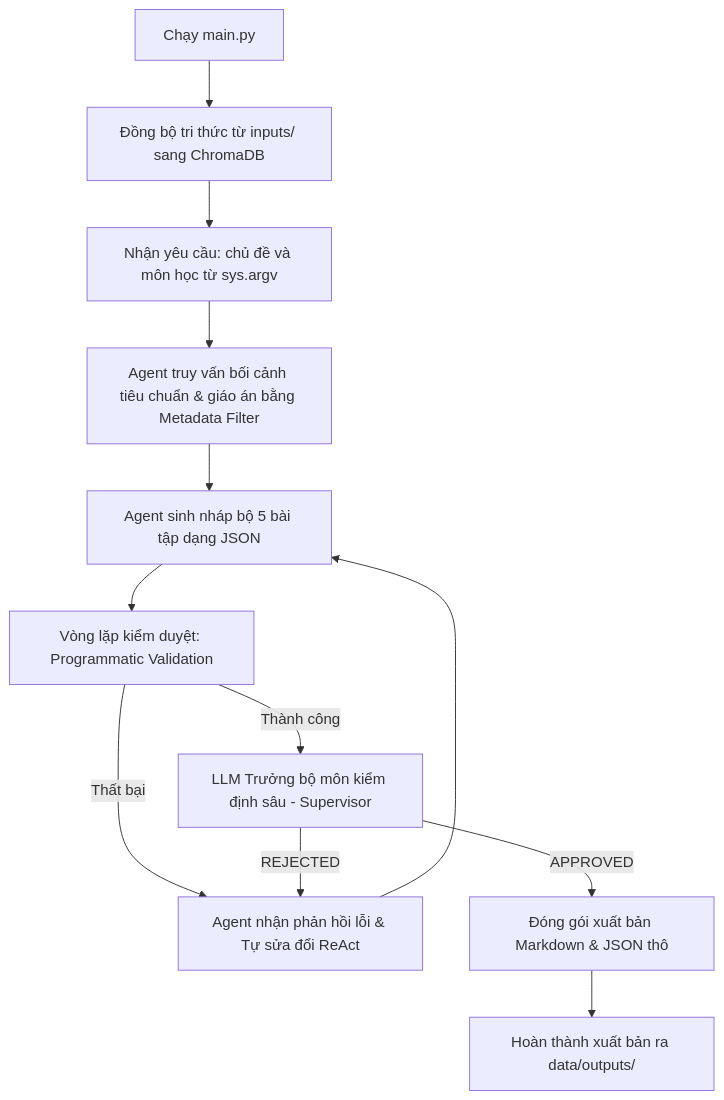
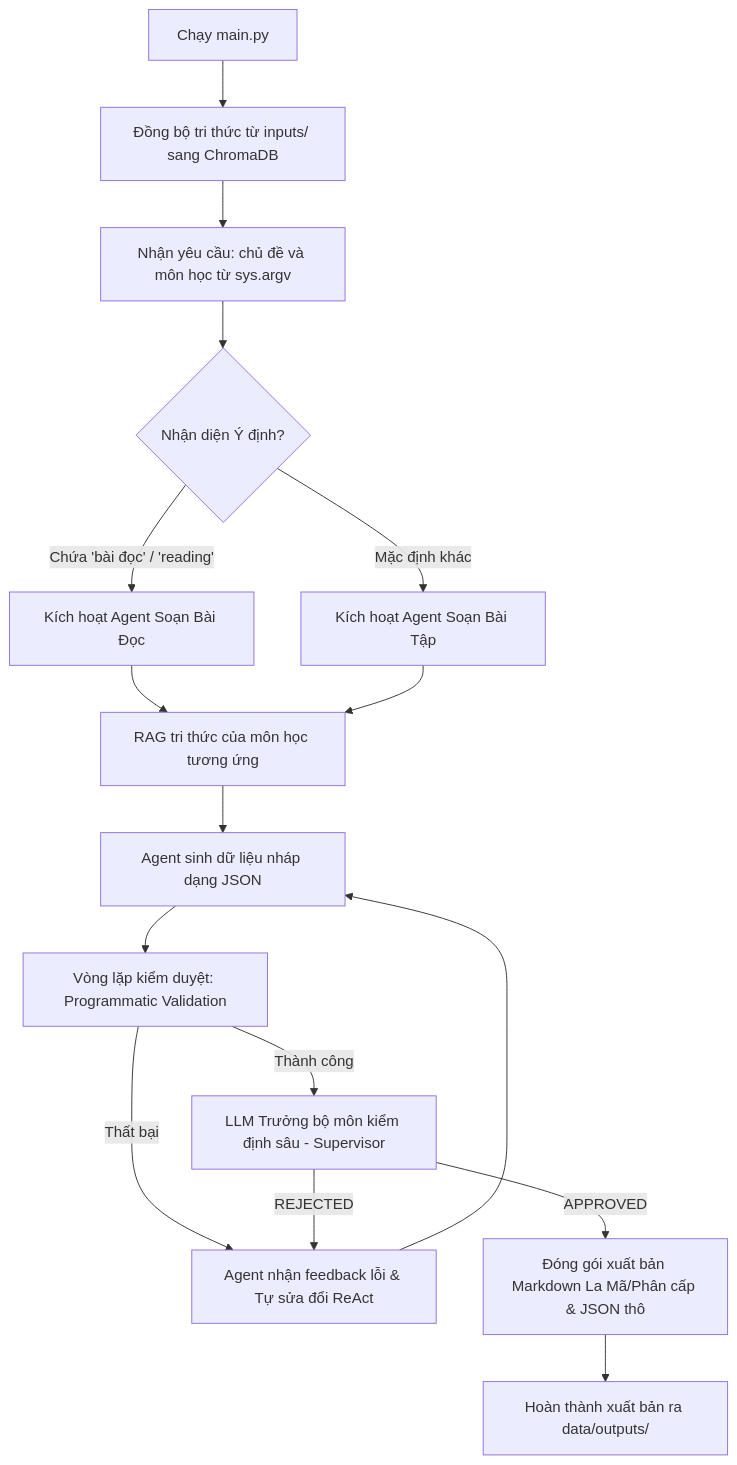
One commit to Nguyenluu2805/AI_Agent changed the diagram in README.md. Above: the diagram before and after it, drawn with Mermaid. The commit also changed other lines of this file, not shown here.

Commit message:
Update README with complete Homework and Reading specifications and guidelines

````diff
--- a/README.md
+++ b/README.md
@@ -23,14 +28,18 @@
 ```mermaid
 graph TD
     A[Chạy main.py] --> B[Đồng bộ tri thức từ inputs/ sang ChromaDB]
     B --> C[Nhận yêu cầu: chủ đề và môn học từ sys.argv]
-    C --> D[Agent truy vấn bối cảnh tiêu chuẩn & giáo án bằng Metadata Filter]
-    D --> E[Agent sinh nháp bộ 5 bài tập dạng JSON]
-    E --> F[Vòng lặp kiểm duyệt: Programmatic Validation]
-    F -- Thất bại --> G[Agent nhận phản hồi lỗi & Tự sửa đổi ReAct]
-    G --> E
-    F -- Thành công --> H[LLM Trưởng bộ môn kiểm định sâu - Supervisor]
-    H -- REJECTED --> G
-    H -- APPROVED --> I[Đóng gói xuất bản Markdown & JSON thô]
-    I --> J[Hoàn thành xuất bản ra data/outputs/]
+    C --> D{Nhận diện Ý định?}
+    D -- Chứa 'bài đọc' / 'reading' --> E[Kích hoạt Agent Soạn Bài Đọc]
+    D -- Mặc định khác --> F[Kích hoạt Agent Soạn Bài Tập]
+    E --> G[RAG tri thức của môn học tương ứng]
+    F --> G
+    G --> H[Agent sinh dữ liệu nháp dạng JSON]
+    H --> I[Vòng lặp kiểm duyệt: Programmatic Validation]
+    I -- Thất bại --> J[Agent nhận feedback lỗi & Tự sửa đổi ReAct]
+    J --> H
+    I -- Thành công --> K[LLM Trưởng bộ môn kiểm định sâu - Supervisor]
+    K -- REJECTED --> J
+    K -- APPROVED --> L[Đóng gói xuất bản Markdown La Mã/Phân cấp & JSON thô]
+    L --> M[Hoàn thành xuất bản ra data/outputs/]
 ```
````
